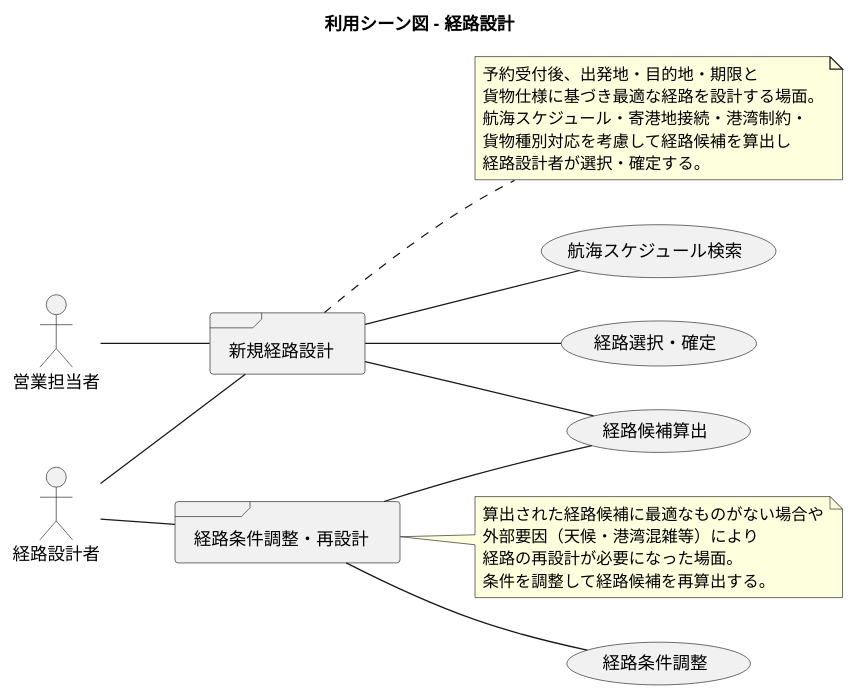
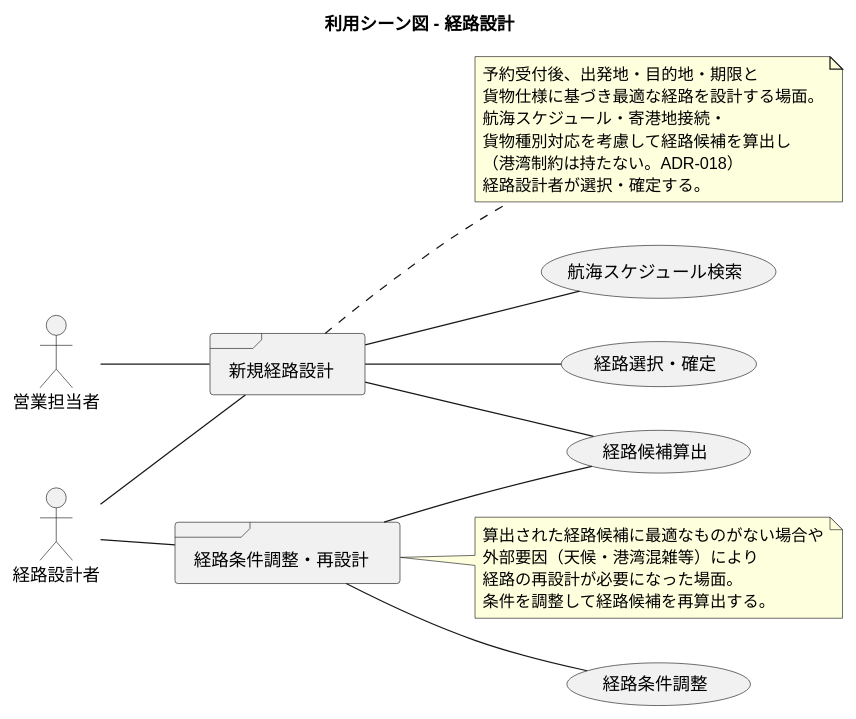
One commit to k2works/case-study-cargo-tracker changed diagram 13 of 21 in docs/requirements/requirements_definition.md. Above: the diagram before and after it, drawn with PlantUML. The commit also changed other lines of this file and 9 other files, not shown here.

````diff
--- a/docs/requirements/requirements_definition.md
+++ b/docs/requirements/requirements_definition.md
@@ -684,44 +685,45 @@
 ```plantuml
 @startuml
 
 title 利用シーン図 - 経路設計
 
 left to right direction
 
 actor 営業担当者
 actor 経路設計者
 
 frame "新規経路設計" as sc_r01
 note right of sc_r01
   予約受付後、出発地・目的地・期限と
   貨物仕様に基づき最適な経路を設計する場面。
-  航海スケジュール・寄港地接続・港湾制約・
+  航海スケジュール・寄港地接続・
   貨物種別対応を考慮して経路候補を算出し
+  （港湾制約は持たない。ADR-018）
   経路設計者が選択・確定する。
 end note
 
 frame "経路条件調整・再設計" as sc_r02
 note right of sc_r02
   算出された経路候補に最適なものがない場合や
   外部要因（天候・港湾混雑等）により
   経路の再設計が必要になった場面。
   条件を調整して経路候補を再算出する。
 end note
 
 usecase "航海スケジュール検索"
 usecase "経路候補算出"
 usecase "経路選択・確定"
 usecase "経路条件調整"
 
 :営業担当者: -- sc_r01
 :経路設計者: -- sc_r01
 sc_r01 -- (航海スケジュール検索)
 sc_r01 -- (経路候補算出)
 sc_r01 -- (経路選択・確定)
 
 :経路設計者: -- sc_r02
 sc_r02 -- (経路条件調整)
 sc_r02 -- (経路候補算出)
 
 @enduml
 ```
````
